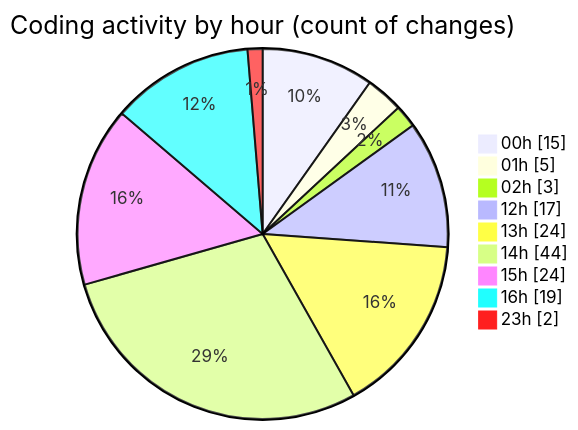
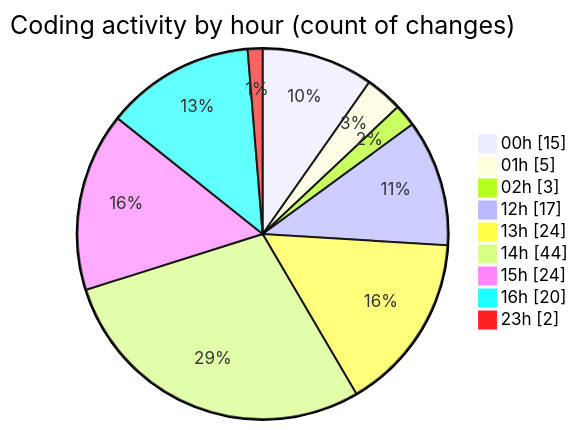
One commit to lephambinh05/code-tracking changed the second of 2 diagrams in 2025-08-13/rentotp/README.md. Above: the diagram before and after it, drawn with Mermaid. The commit also changed other lines of this file and 1 other file, not shown here.

````diff
--- a/2025-08-13/rentotp/README.md
+++ b/2025-08-13/rentotp/README.md
@@ -53,13 +53,13 @@
 ```mermaid
 pie showData
 title Coding activity by hour (count of changes)
 "00h" : 15
 "01h" : 5
 "02h" : 3
 "12h" : 17
 "13h" : 24
 "14h" : 44
 "15h" : 24
-"16h" : 19
+"16h" : 20
 "23h" : 2
 ```
````
